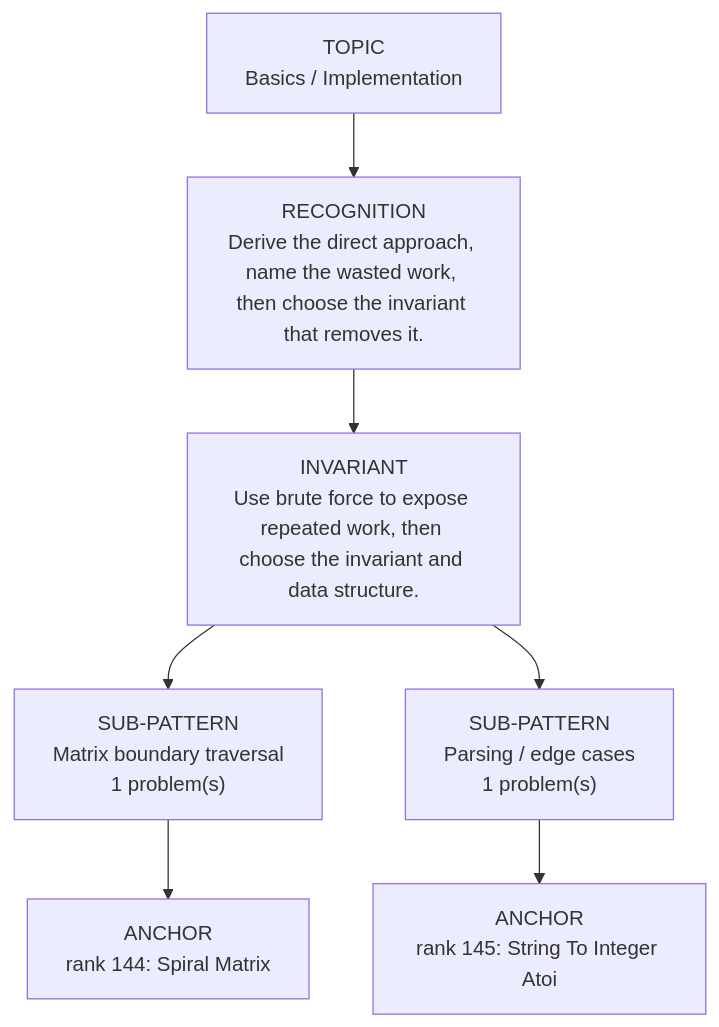
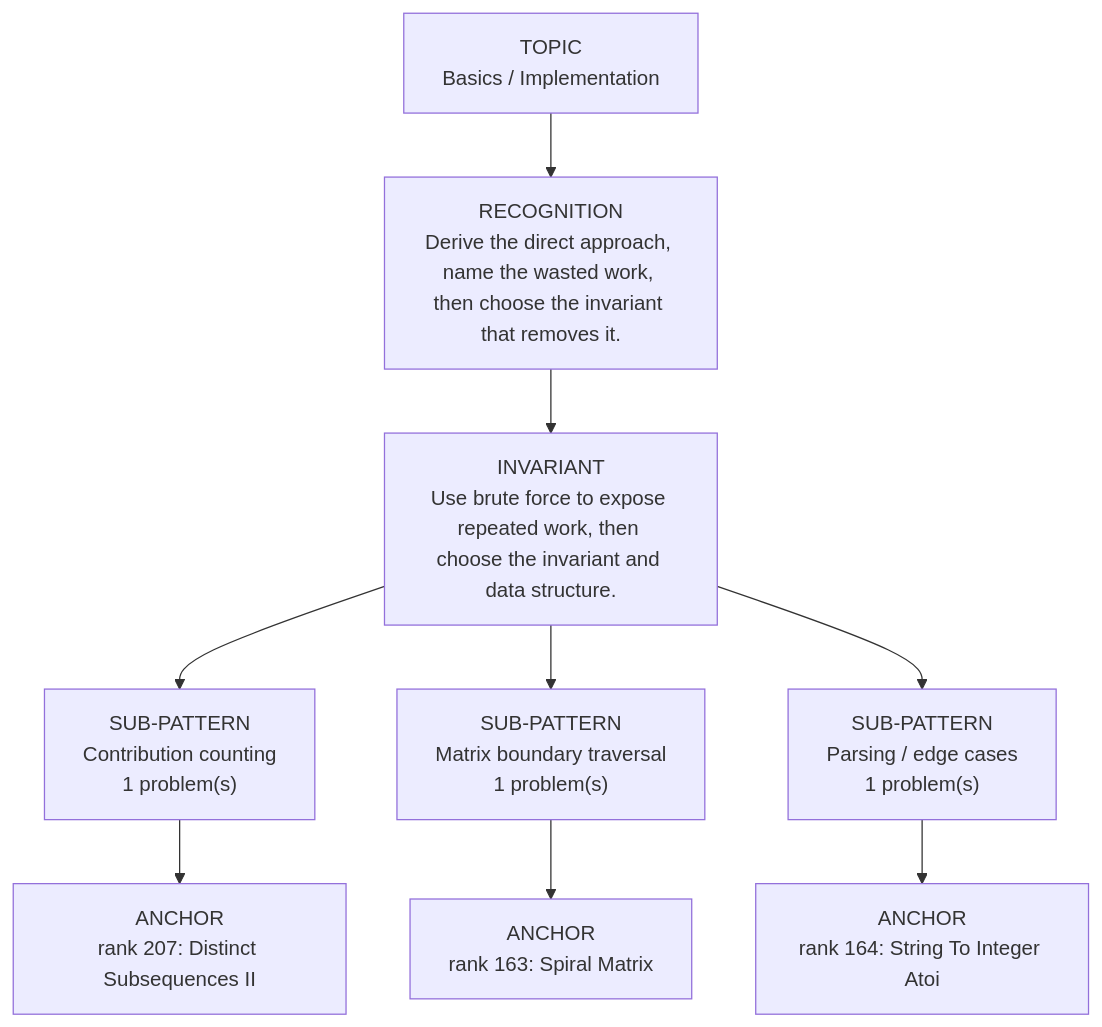
One commit to thechiranjeevjain/DSA10days changed the diagram in dsa-review/interview/patterns/20_core_basics.md. Above: the diagram before and after it, drawn with Mermaid. The commit also changed other lines of this file and 36 other files, not shown here.

````diff
--- a/dsa-review/interview/patterns/20_core_basics.md
+++ b/dsa-review/interview/patterns/20_core_basics.md
@@ -15,11 +15,13 @@
 ```mermaid
 flowchart TD
   Topic["TOPIC<br/>Basics / Implementation"]
   Recognition["RECOGNITION<br/>Derive the direct approach, name the wasted work, then choose the invariant that removes it."]
   Invariant["INVARIANT<br/>Use brute force to expose repeated work, then choose the invariant and data structure."]
   Topic --> Recognition --> Invariant
-  Invariant --> Sub01["SUB-PATTERN<br/>Matrix boundary traversal<br/>1 problem(s)"]
-  Sub01 --> Sub01A01["ANCHOR<br/>rank 144: Spiral Matrix"]
-  Invariant --> Sub02["SUB-PATTERN<br/>Parsing / edge cases<br/>1 problem(s)"]
-  Sub02 --> Sub02A01["ANCHOR<br/>rank 145: String To Integer Atoi"]
+  Invariant --> Sub01["SUB-PATTERN<br/>Contribution counting<br/>1 problem(s)"]
+  Sub01 --> Sub01A01["ANCHOR<br/>rank 207: Distinct Subsequences II"]
+  Invariant --> Sub02["SUB-PATTERN<br/>Matrix boundary traversal<br/>1 problem(s)"]
+  Sub02 --> Sub02A01["ANCHOR<br/>rank 163: Spiral Matrix"]
+  Invariant --> Sub03["SUB-PATTERN<br/>Parsing / edge cases<br/>1 problem(s)"]
+  Sub03 --> Sub03A01["ANCHOR<br/>rank 164: String To Integer Atoi"]
 ```
````
